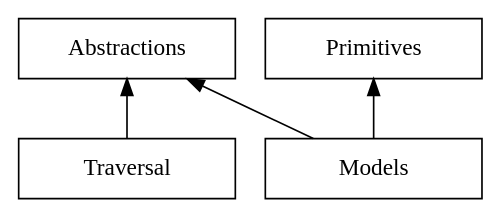
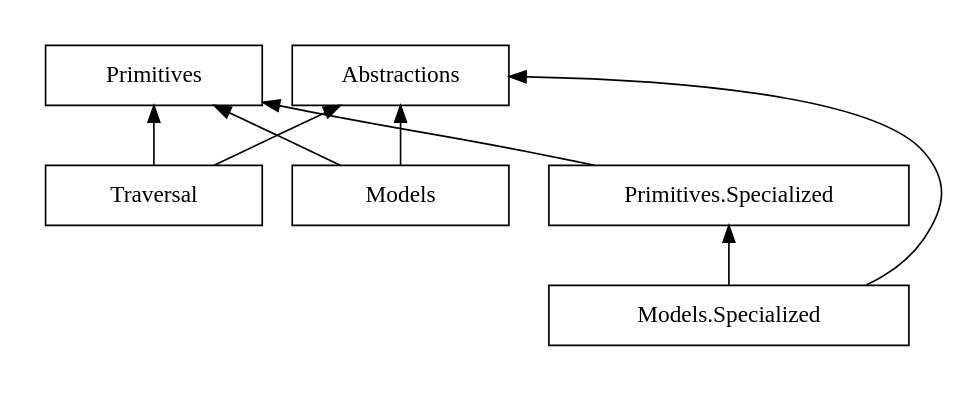
Before and after one commit to qbit86/arborescence: the diagram in tools/Tools.Workbench/IndexedGraphs/10.gv, drawn with Graphviz.

Commit message:
[Tools] Update graph of project dependencies

```diff
--- a/tools/Tools.Workbench/IndexedGraphs/10.gv
+++ b/tools/Tools.Workbench/IndexedGraphs/10.gv
@@ -1,11 +1,30 @@
 digraph Packages {
-  rankdir = BT
-  node [shape=box fixedsize=true width=1.8 fontname="JetBrains Mono"]
-  a [label=Abstractions]
-  b [label=Primitives]
-  c [label=Models]
-  d [label=Traversal]
+  rankdir=BT
+  node [shape=box fixedsize=true fontname="JetBrains Mono"]
+  subgraph Generic {
+    cluster=true
+    style=invis
+    node [width=1.8]
+    a [label=Abstractions]
+    b [label=Primitives]
+    c [label=Models group=mt]
+    d [label=Traversal group=mt]
+  }
+  subgraph Specialized {
+    cluster=true
+    style=invis
+    node [width=3.0]
+    e [label="Primitives.Specialized"]
+    f [label="Models.Specialized"]
+    // g [label="Traversal.Specialized"]
+  }
   c -> a
   c -> b
   d -> a
+  d -> b
+  e -> b
+  f -> a
+  f -> e
+  // g -> a
+  // g -> e
 }
```
